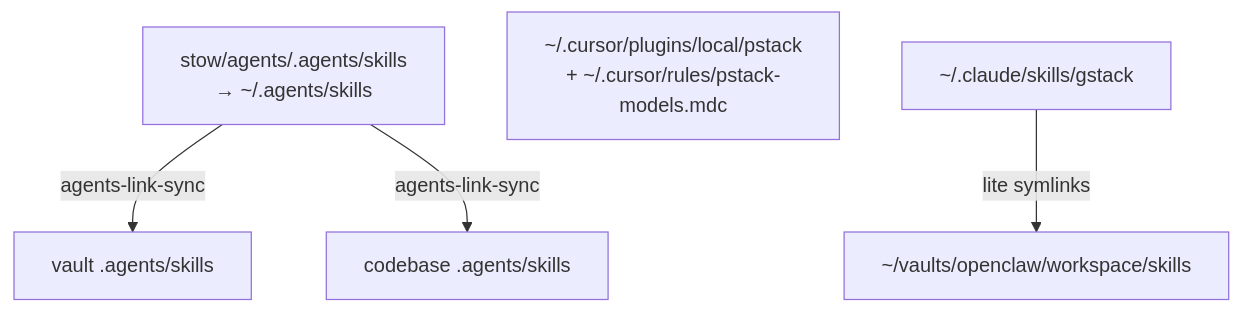
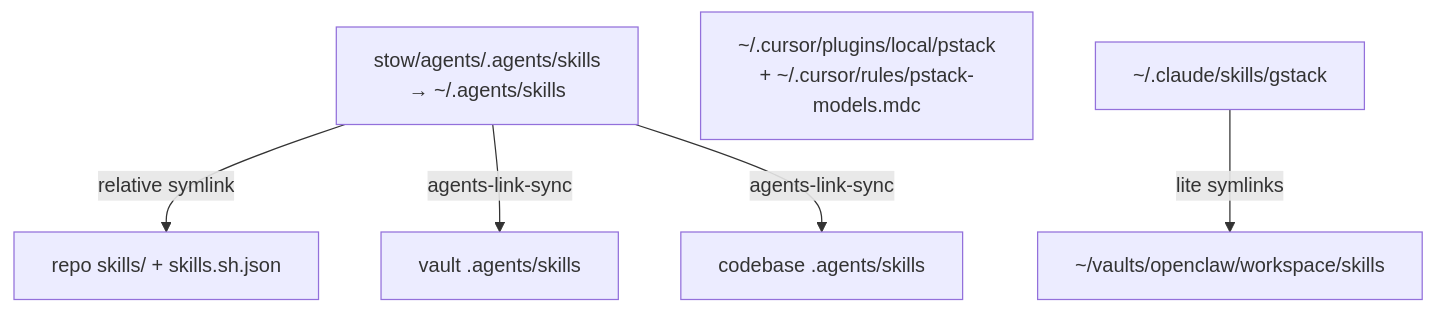
Before and after one commit to benoror/dotfiles: the diagram in stow/agents/REGISTRY.md, drawn with Mermaid. The commit also changed other lines of this file and 7 other files, not shown here.

First line of the commit message:
docs: publish own hub skills on skills.sh

````diff
--- a/stow/agents/REGISTRY.md
+++ b/stow/agents/REGISTRY.md
@@ -18,9 +20,10 @@
 ```mermaid
 flowchart TB
   hub["stow/agents/.agents/skills\n→ ~/.agents/skills"]
+  hub -->|relative symlink| publish["repo skills/ + skills.sh.json"]
   hub -->|agents-link-sync| vaults["vault .agents/skills"]
   hub -->|agents-link-sync| code["codebase .agents/skills"]
   pstack["~/.cursor/plugins/local/pstack\n+ ~/.cursor/rules/pstack-models.mdc"]
   gstack["~/.claude/skills/gstack"]
   gstack -->|lite symlinks| oc["~/vaults/openclaw/workspace/skills"]
 ```
````
